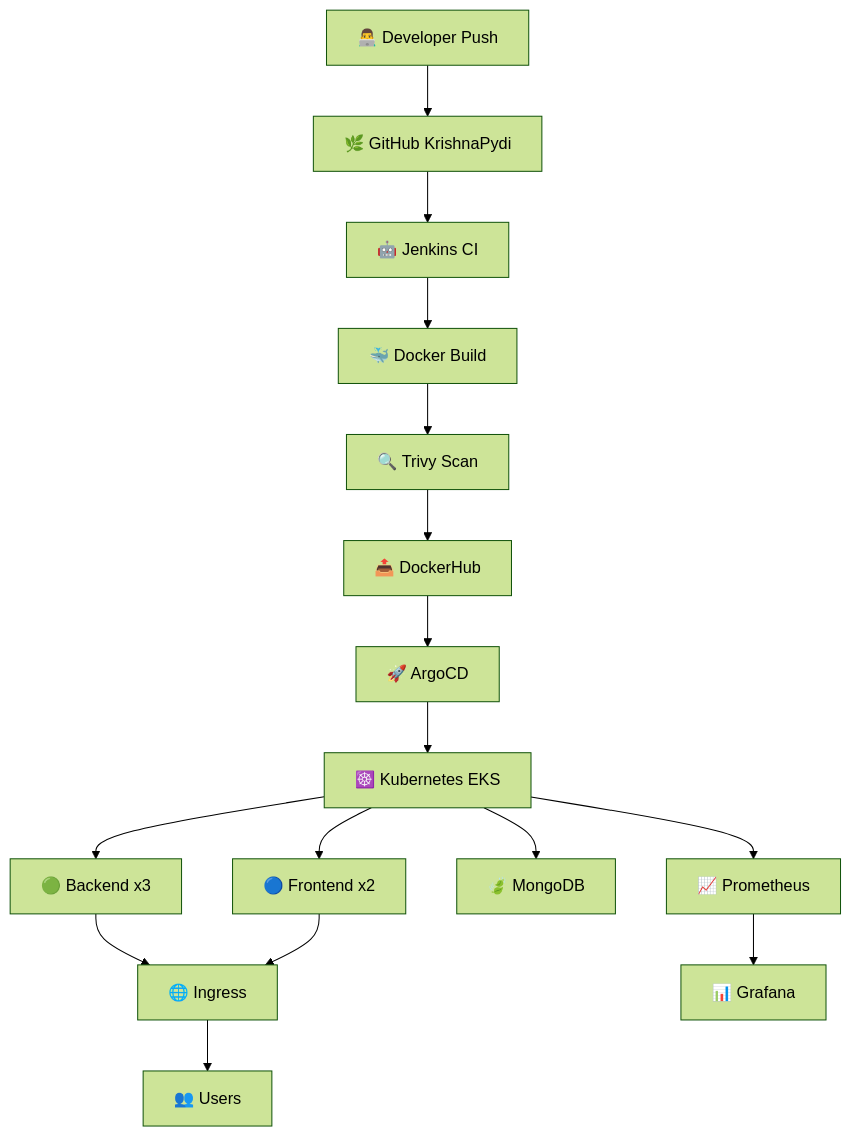
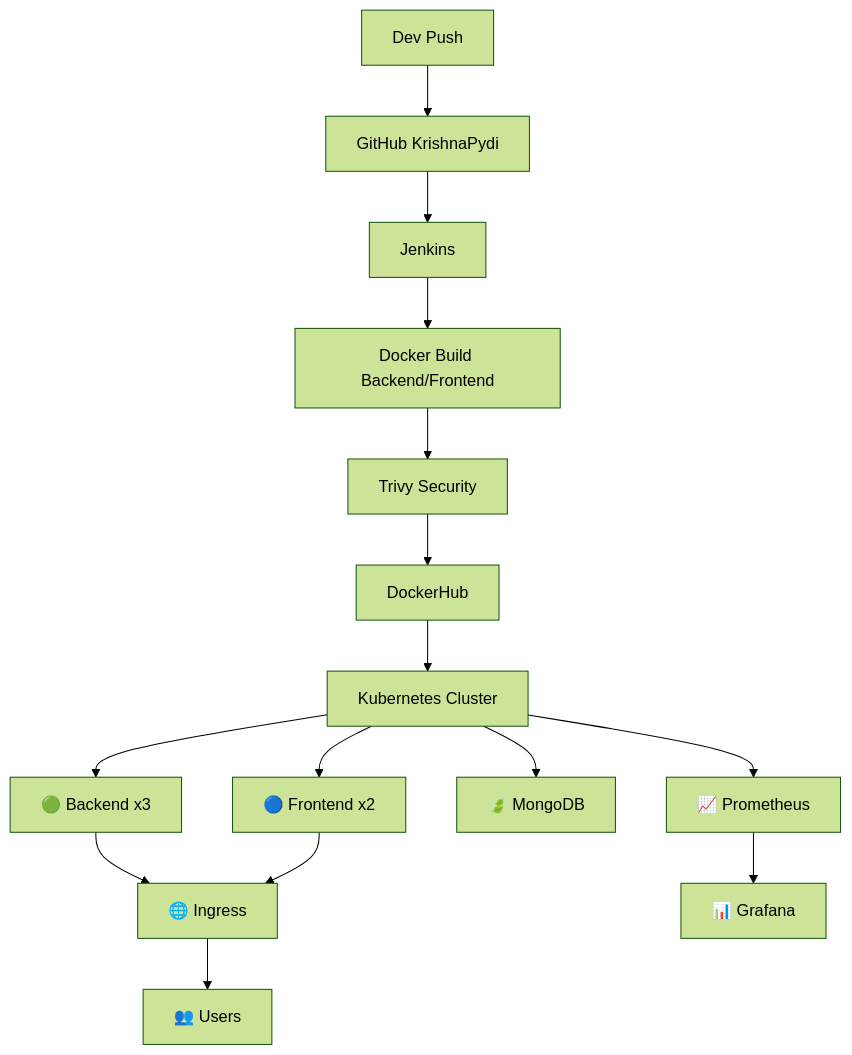
Before and after one commit to KrishnaPydi/FULL-PROJECT: the second of 2 diagrams in README.md, drawn with Mermaid (forest theme). The commit also changed other lines of this file, not shown here.

````diff
--- a/README.md
+++ b/README.md
@@ -24,18 +26,17 @@
 ```mermaid
 graph TD
-    A[👨‍💻 Developer Push] --> B[🌿 GitHub KrishnaPydi]
-    B --> C[🤖 Jenkins CI]
-    C --> D[🐳 Docker Build]
-    D --> E[🔍 Trivy Scan]
-    E --> F[📤 DockerHub]
-    F --> G[🚀 ArgoCD]
-    G --> H[☸️ Kubernetes EKS]
-    H --> H1[🟢 Backend x3]
-    H --> H2[🔵 Frontend x2]
-    H --> H3[🍃 MongoDB]
-    H1 --> I[🌐 Ingress]
-    H2 --> I
-    I --> J[👥 Users]
-    H --> K[📈 Prometheus]
-    K --> L[📊 Grafana]
+    A[Dev Push] --> B[GitHub KrishnaPydi]
+    B --> C[Jenkins]
+    C --> D[Docker Build Backend/Frontend]
+    D --> E[Trivy Security]
+    E --> F[DockerHub]
+    F --> G[Kubernetes Cluster]
+    G --> G1[🟢 Backend x3]
+    G --> G2[🔵 Frontend x2]
+    G --> G3[🍃 MongoDB]
+    G1 --> H[🌐 Ingress]
+    G2 --> H
+    H --> I[👥 Users]
+    G --> J[📈 Prometheus]
+    J --> K[📊 Grafana]
 ```
````
